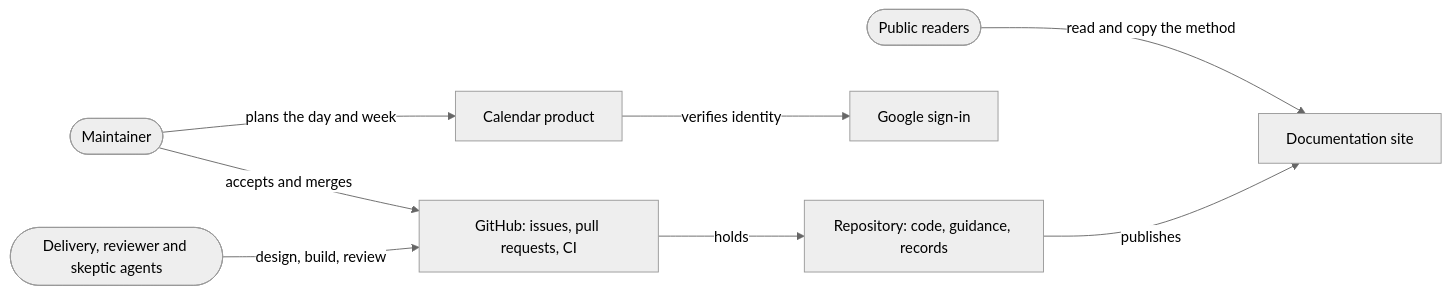
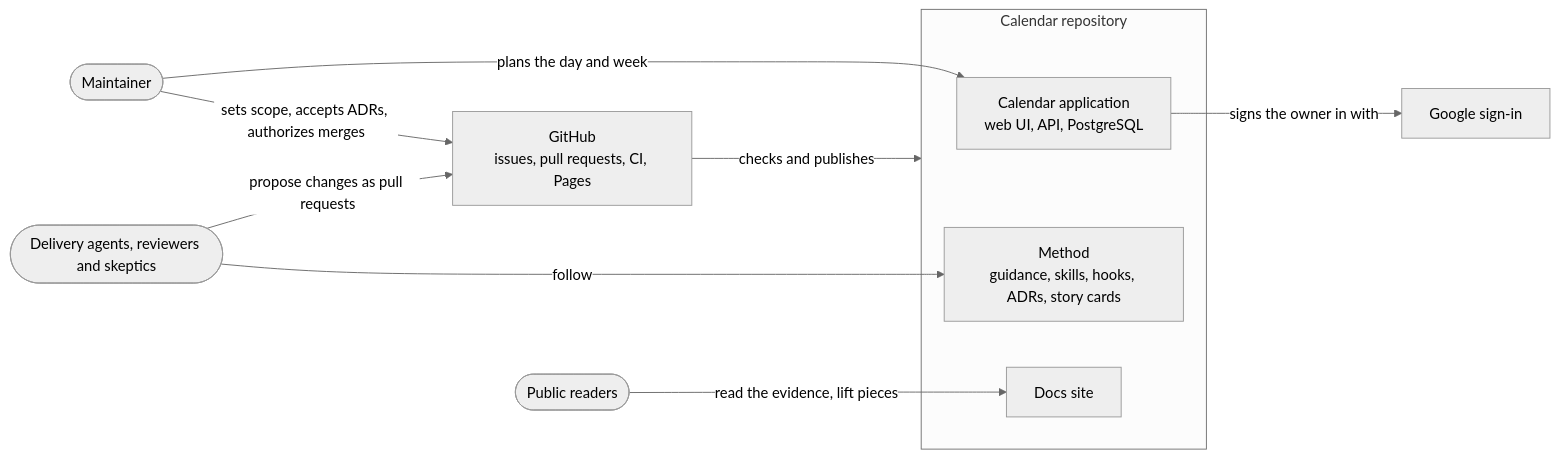
Before and after one commit to mgasca/calendar: the first of 3 diagrams in docs/narratives/calendar-narrative.md, drawn with Mermaid (neutral theme). The commit also changed other lines of this file and 11 other files, not shown here.

````diff
--- a/docs/narratives/calendar-narrative.md
+++ b/docs/narratives/calendar-narrative.md
@@ -91,18 +78,20 @@
 ```mermaid
 flowchart LR
-  maintainer(["Maintainer"])
-  agents(["Delivery, reviewer and skeptic agents"])
-  readers(["Public readers"])
-  calendar["Calendar product"]
-  repo["Repository: code, guidance, records"]
-  google["Google sign-in"]
-  github["GitHub: issues, pull requests, CI"]
-  docs["Documentation site"]
-  maintainer -->|plans the day and week| calendar
-  calendar -->|verifies identity| google
-  maintainer -->|accepts and merges| github
-  agents -->|design, build, review| github
-  github -->|holds| repo
-  repo -->|publishes| docs
-  readers -->|read and copy the method| docs
+    maintainer([Maintainer])
+    agents([Delivery agents, reviewers and skeptics])
+    readers([Public readers])
+    subgraph repo[Calendar repository]
+        app[Calendar application<br/>web UI, API, PostgreSQL]
+        method[Method<br/>guidance, skills, hooks, ADRs, story cards]
+        site[Docs site]
+    end
+    google[Google sign-in]
+    github[GitHub<br/>issues, pull requests, CI, Pages]
+    maintainer -->|plans the day and week| app
+    maintainer -->|sets scope, accepts ADRs, authorizes merges| github
+    agents -->|follow| method
+    agents -->|propose changes as pull requests| github
+    app -->|signs the owner in with| google
+    github -->|checks and publishes| repo
+    readers -->|read the evidence, lift pieces| site
 ```
````
